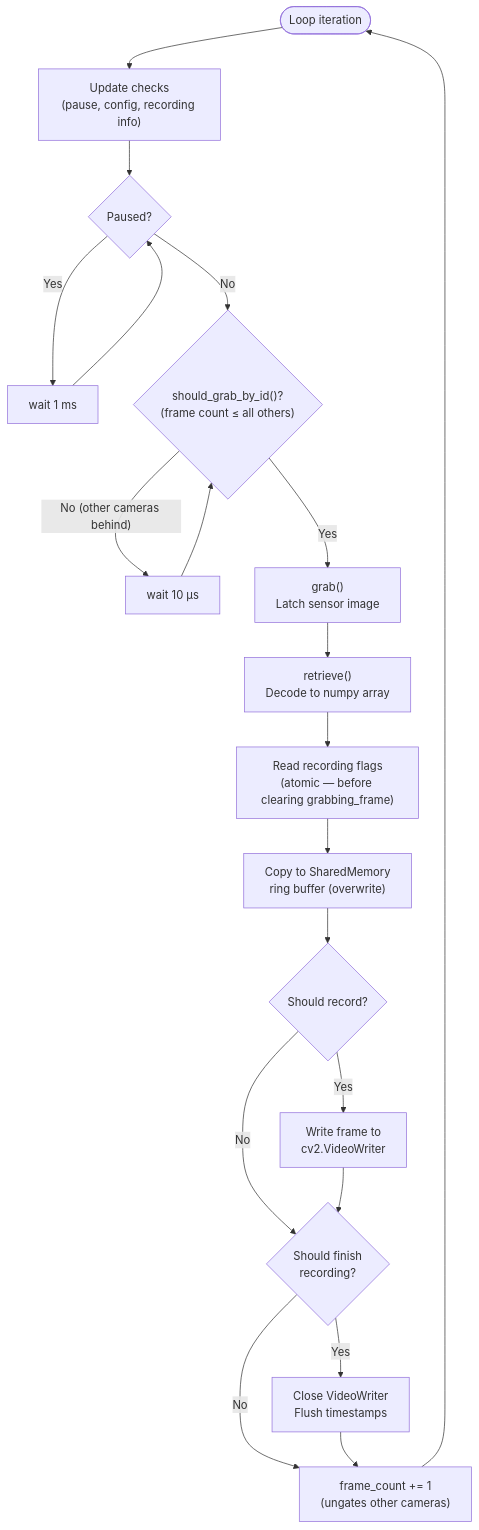
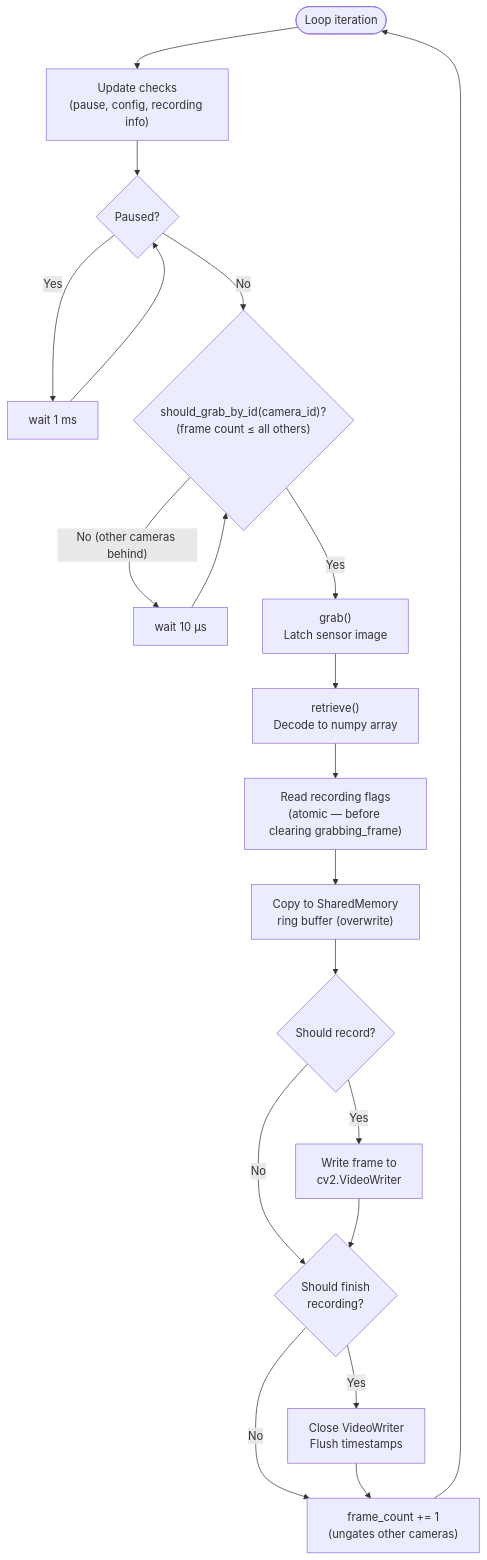
The first of 2 diagrams in skellycam-docs/docs/technical/frame-synchronization.mdx (freemocap/skellycam), drawn with Mermaid before and after one commit. The commit also changed other lines of this file and 21 other files, not shown here.

````diff
--- a/skellycam-docs/docs/technical/frame-synchronization.mdx
+++ b/skellycam-docs/docs/technical/frame-synchronization.mdx
@@ -20,20 +24,20 @@
 ```mermaid
 flowchart TD
     Start([Loop iteration]) --> UpdateChecks["Update checks\n(pause, config, recording info)"]
     UpdateChecks --> PauseCheck{Paused?}
     PauseCheck -- Yes --> Wait1ms["wait 1 ms"] --> PauseCheck
-    PauseCheck -- No --> SyncGate{"should_grab_by_id()?\n(frame count ≤ all others)"}
+    PauseCheck -- No --> SyncGate{"should_grab_by_id(camera_id)?\n(frame count ≤ all others)"}
     SyncGate -- "No (other cameras behind)" --> Wait10us["wait 10 μs"] --> SyncGate
     SyncGate -- Yes --> Grab["grab()\nLatch sensor image"]
     Grab --> Retrieve["retrieve()\nDecode to numpy array"]
     Retrieve --> RecFlags["Read recording flags\n(atomic — before clearing grabbing_frame)"]
     RecFlags --> SHM["Copy to SharedMemory\nring buffer (overwrite)"]
     SHM --> RecordCheck{Should record?}
     RecordCheck -- Yes --> WriteFrame["Write frame to\ncv2.VideoWriter"]
     RecordCheck -- No --> FinishCheck
     WriteFrame --> FinishCheck{Should finish\nrecording?}
     FinishCheck -- Yes --> Finalize["Close VideoWriter\nFlush timestamps"]
     FinishCheck -- No --> Increment
     Finalize --> Increment["frame_count += 1\n(ungates other cameras)"]
     Increment --> Start
 ```
````
